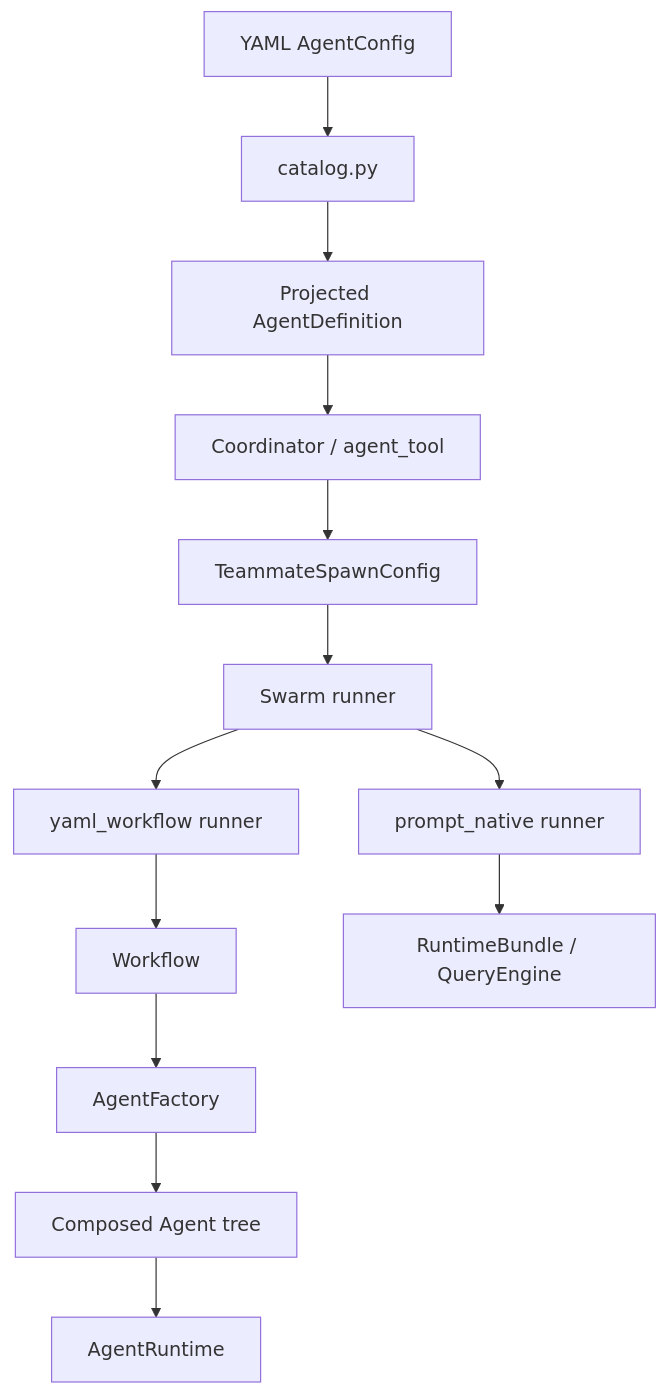
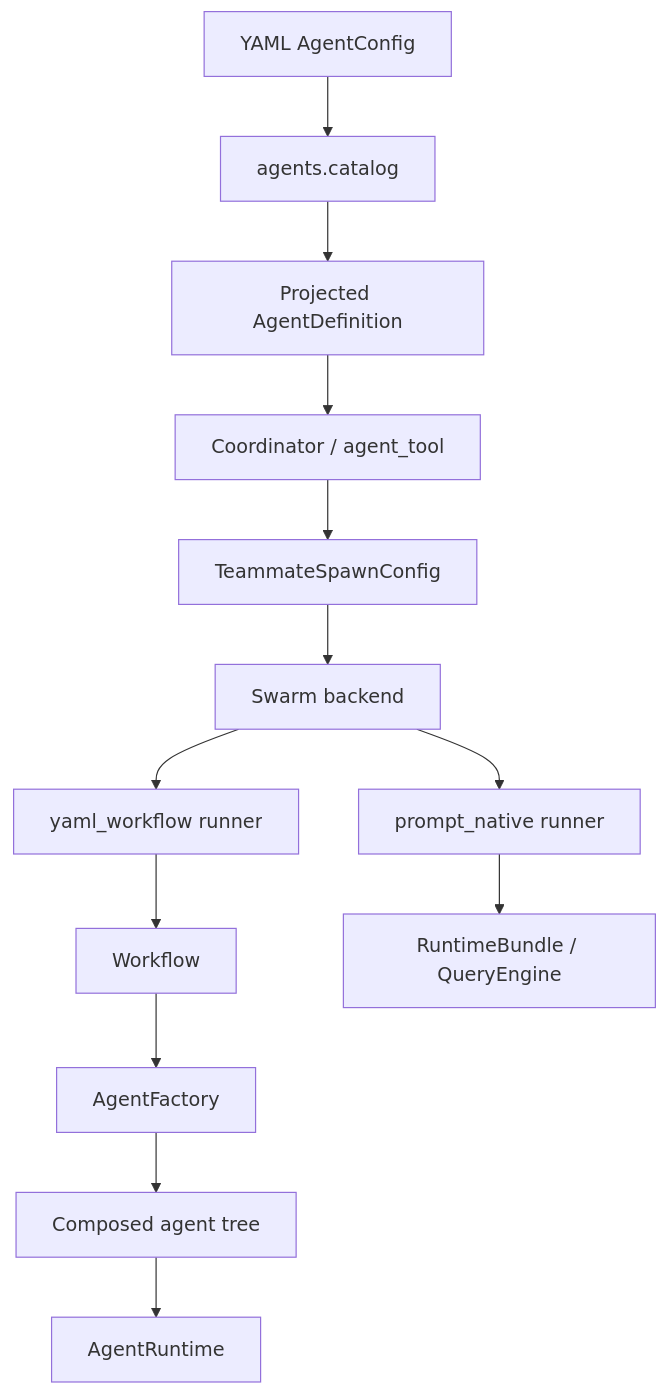
One commit to pierg/OpenHarness changed the first of 4 diagrams in docs/agent-system.md. Above: the diagram before and after it, drawn with Mermaid. The commit also changed other lines of this file and 19 other files, not shown here.

````diff
--- a/docs/agent-system.md
+++ b/docs/agent-system.md
@@ -23,15 +20,15 @@
 ```mermaid
 flowchart TD
-    A["YAML AgentConfig"] --> B["catalog.py"]
+    A["YAML AgentConfig"] --> B["agents.catalog"]
     B --> C["Projected AgentDefinition"]
     C --> D["Coordinator / agent_tool"]
     D --> E["TeammateSpawnConfig"]
-    E --> F["Swarm runner"]
+    E --> F["Swarm backend"]
     F --> G["prompt_native runner"]
     F --> H["yaml_workflow runner"]
     H --> I["Workflow"]
     I --> J["AgentFactory"]
-    J --> K["Composed Agent tree"]
+    J --> K["Composed agent tree"]
     K --> L["AgentRuntime"]
     G --> M["RuntimeBundle / QueryEngine"]
 ```
````
